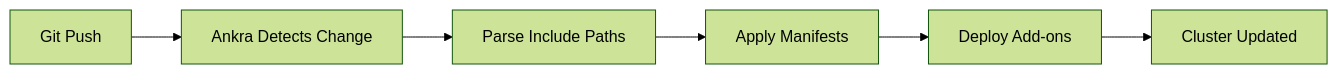
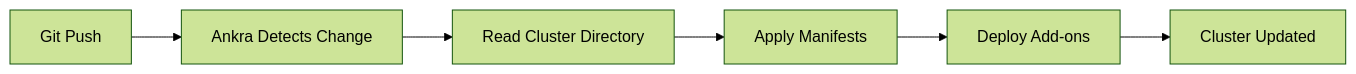
Before and after one commit to ankraio/ankra-docs: the diagram in concepts/gitops.mdx, drawn with Mermaid (forest theme). The commit also changed other lines of this file and 3 other files, not shown here.

First line of the commit message:
docs: GitOps pages describe from_file and the cluster directory, not include paths (ankra-f65raf) (#665)

````diff
--- a/concepts/gitops.mdx
+++ b/concepts/gitops.mdx
@@ -153,8 +168,8 @@
 ```mermaid
 flowchart LR
     A[Git Push] --> B[Ankra Detects Change]
-    B --> C[Parse Include Paths]
+    B --> C[Read Cluster Directory]
     C --> D[Apply Manifests]
     D --> E[Deploy Add-ons]
     E --> F[Cluster Updated]
 ```
````
